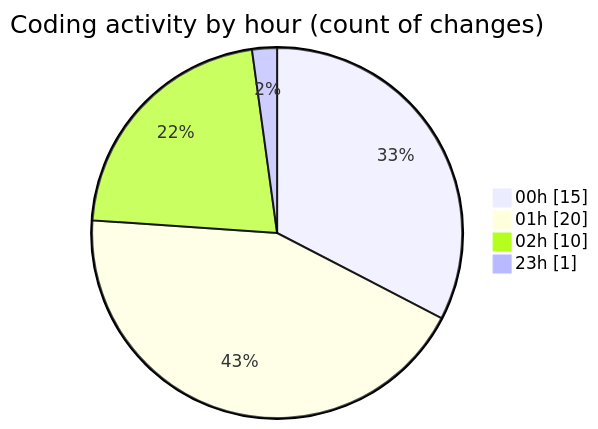
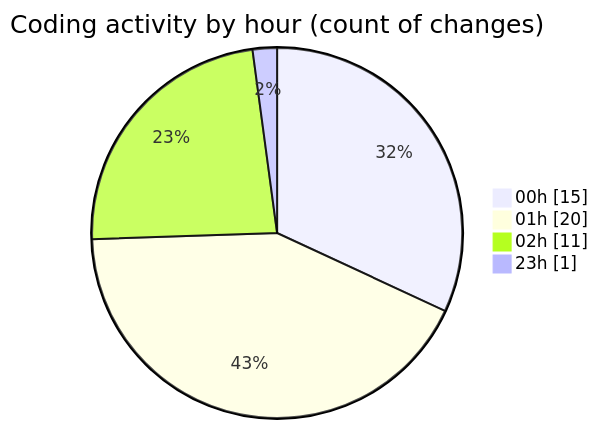
The second of 2 diagrams in 2025-08-04/studybuddy/README.md (lephambinh05/code-tracking), drawn with Mermaid before and after one commit. The commit also changed other lines of this file and 1 other file, not shown here.

````diff
--- a/2025-08-04/studybuddy/README.md
+++ b/2025-08-04/studybuddy/README.md
@@ -45,8 +45,8 @@
 ```mermaid
 pie showData
 title Coding activity by hour (count of changes)
 "00h" : 15
 "01h" : 20
-"02h" : 10
+"02h" : 11
 "23h" : 1
 ```
````
